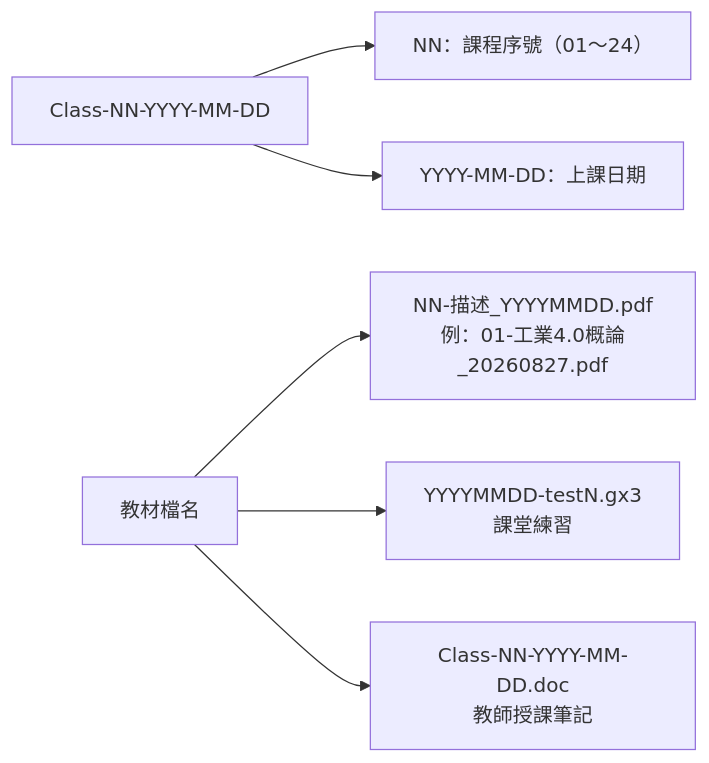
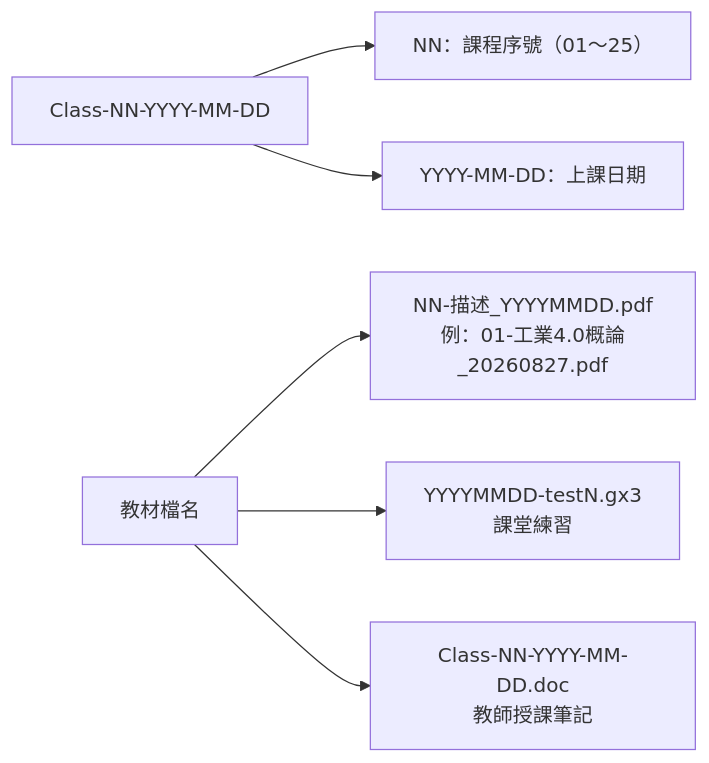
The third of 3 diagrams in docs/COURSE-MAP.md (yd7148/INDUSTRY-4.0), drawn with Mermaid before and after one commit. The commit also changed other lines of this file and 2 other files, not shown here.

Commit message:
Sync docs for Class-25 (25 classes, 26 videos, timeline legend)

````diff
--- a/docs/COURSE-MAP.md
+++ b/docs/COURSE-MAP.md
@@ -128,8 +135,8 @@
 ```mermaid
 flowchart LR
-    A["Class-NN-YYYY-MM-DD"] --> B["NN：課程序號（01～24）"]
+    A["Class-NN-YYYY-MM-DD"] --> B["NN：課程序號（01～25）"]
     A --> C["YYYY-MM-DD：上課日期"]
     D["教材檔名"] --> E["NN-描述_YYYYMMDD.pdf<br/>例：01-工業4.0概論_20260827.pdf"]
     D --> F["YYYYMMDD-testN.gx3<br/>課堂練習"]
     D --> G["Class-NN-YYYY-MM-DD.doc<br/>教師授課筆記"]
 ```
````
